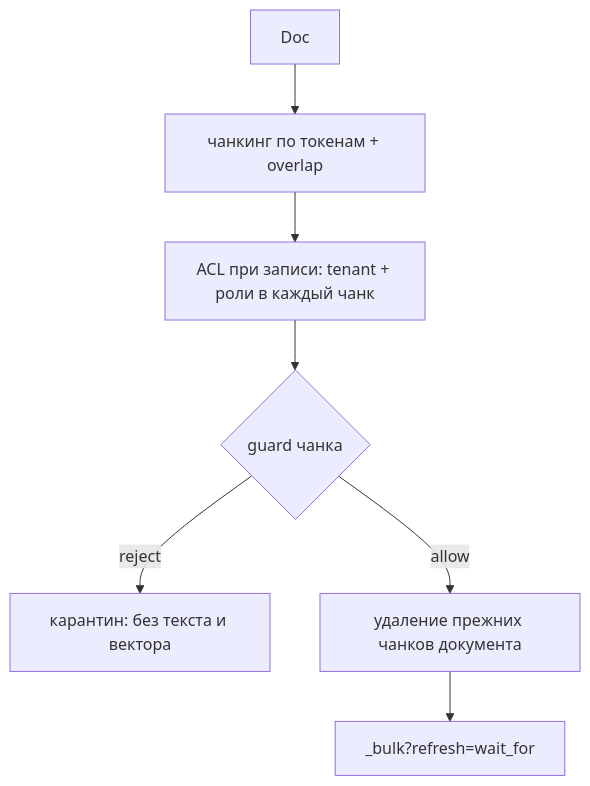
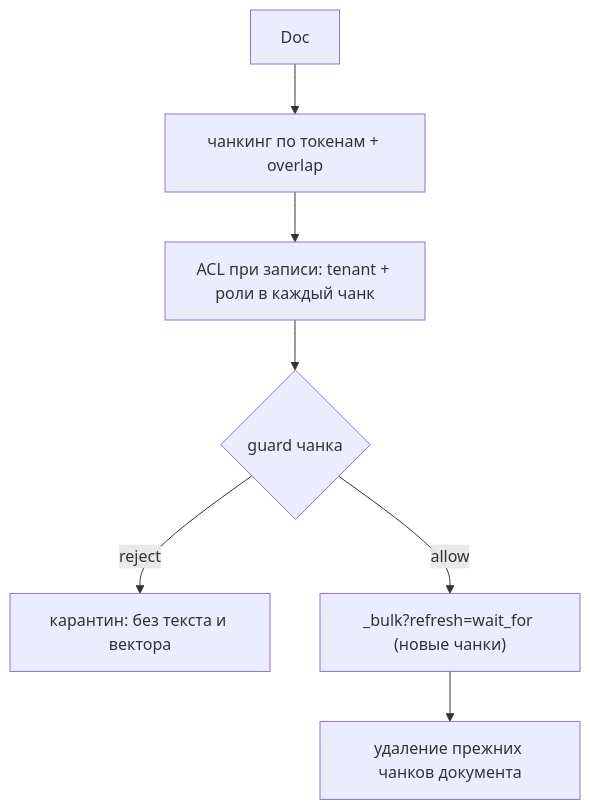
Before and after one commit to KirillYuzh/Gobellim: the first of 2 diagrams in docs/concepts/retrieval.md, drawn with Mermaid. The commit also changed other lines of this file and 7 other files, not shown here.

````diff
--- a/docs/concepts/retrieval.md
+++ b/docs/concepts/retrieval.md
@@ -43,9 +43,9 @@
 ```mermaid
 flowchart TD
     D["Doc"] --> CH["чанкинг по токенам + overlap"]
     CH --> ACL["ACL при записи: tenant + роли в каждый чанк"]
     ACL --> G{"guard чанка"}
     G -->|"reject"| Q["карантин: без текста и вектора"]
-    G -->|"allow"| DEL["удаление прежних чанков документа"]
-    DEL --> BULK["_bulk?refresh=wait_for"]
+    G -->|"allow"| BULK["_bulk?refresh=wait_for (новые чанки)"]
+    BULK --> DEL["удаление прежних чанков документа"]
 ```
````
